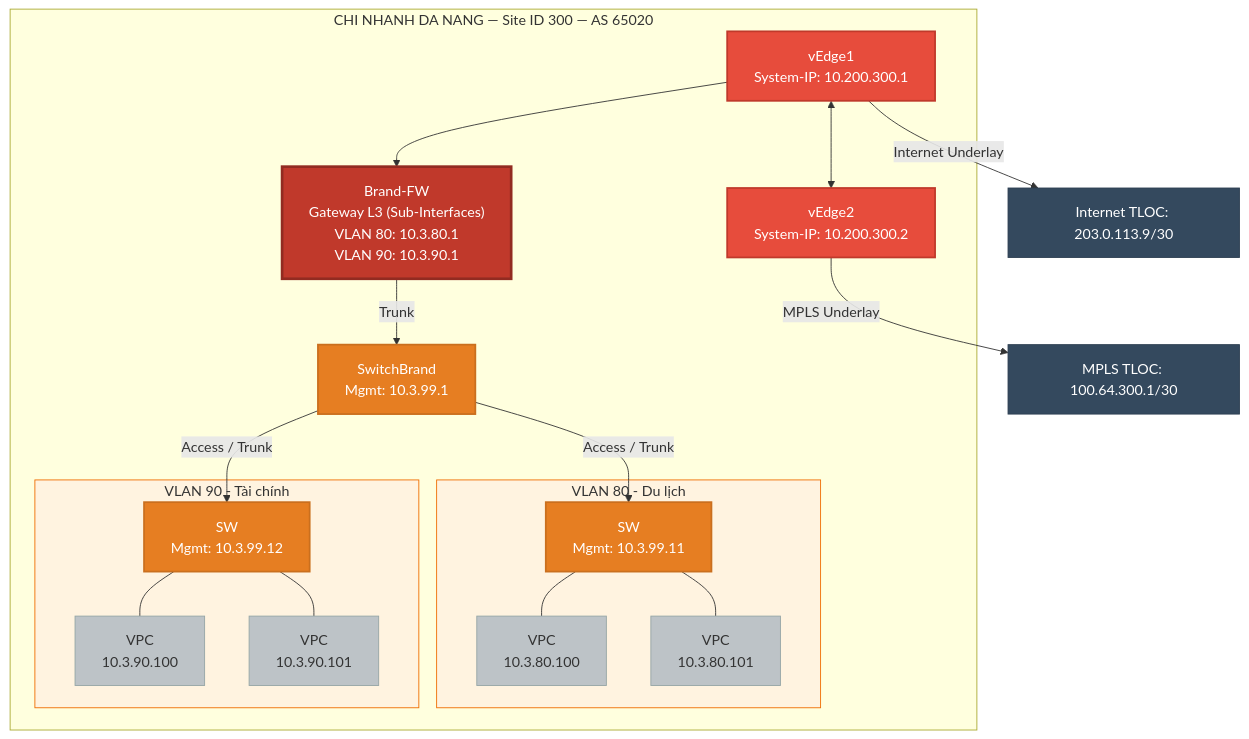
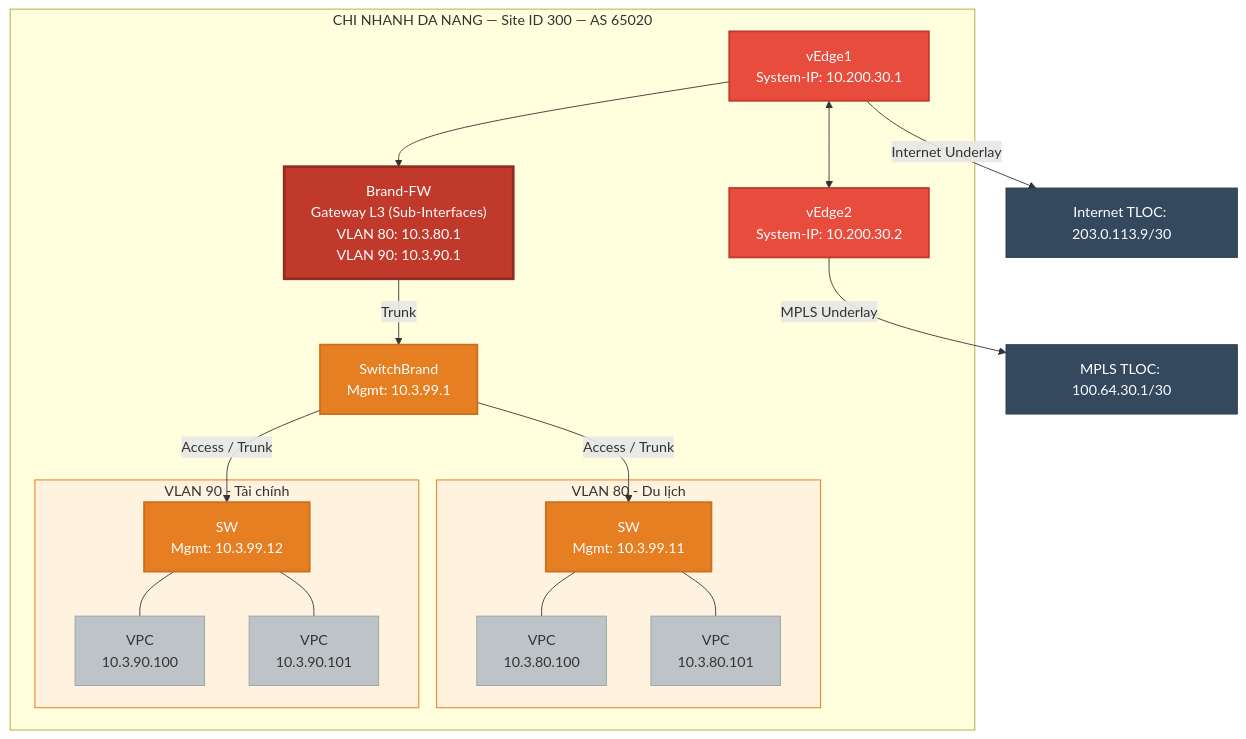
The fifth of 6 diagrams in campus_network_sdn_sdwan.md (nhanhuutran007/Campus_Network_SDN_SD-WAN), drawn with Mermaid before and after one commit. The commit also changed other lines of this file and 17 other files, not shown here.

````diff
--- a/campus_network_sdn_sdwan.md
+++ b/campus_network_sdn_sdwan.md
@@ -486,50 +486,50 @@
 ```mermaid
 graph TB
     subgraph DN_SITE["CHI NHANH DA NANG — Site ID 300 — AS 65020"]
-        CEDGE300_1["vEdge1<br/>System-IP: 10.200.300.1"]
-        CEDGE300_2["vEdge2<br/>System-IP: 10.200.300.2"]
+        CEDGE300_1["vEdge1<br/>System-IP: 10.200.30.1"]
+        CEDGE300_2["vEdge2<br/>System-IP: 10.200.30.2"]
 
         FW_DN["Brand-FW<br/>Gateway L3 (Sub-Interfaces)<br/>VLAN 80: 10.3.80.1<br/>VLAN 90: 10.3.90.1"]
 
         SW_B_DN["SwitchBrand<br/>Mgmt: 10.3.99.1"]
         
         subgraph DN_VLAN80["VLAN 80 - Du lịch"]
             SW_A_DN["SW<br/>Mgmt: 10.3.99.11"]
             VPC1["VPC<br/>10.3.80.100"]
             VPC2["VPC<br/>10.3.80.101"]
         end
 
         subgraph DN_VLAN90["VLAN 90 - Tài chính"]
             SW_B2_DN["SW<br/>Mgmt: 10.3.99.12"]
             VPC3["VPC<br/>10.3.90.100"]
             VPC4["VPC<br/>10.3.90.101"]
         end
 
         CEDGE300_1 <--> CEDGE300_2
         CEDGE300_1 --> FW_DN
         FW_DN -->|"Trunk"| SW_B_DN
         SW_B_DN -->|"Access / Trunk"| SW_A_DN
         SW_B_DN -->|"Access / Trunk"| SW_B2_DN
         SW_A_DN --- VPC1
         SW_A_DN --- VPC2
         SW_B2_DN --- VPC3
         SW_B2_DN --- VPC4
     end
 
     CEDGE300_1 -->|"Internet Underlay"| WAN_DN["Internet TLOC: 203.0.113.9/30"]
-    CEDGE300_2 -->|"MPLS Underlay"| MPLS_DN["MPLS TLOC: 100.64.300.1/30"]
+    CEDGE300_2 -->|"MPLS Underlay"| MPLS_DN["MPLS TLOC: 100.64.30.1/30"]
 
     classDef edge fill:#E74C3C,stroke:#C0392B,color:#fff,stroke-width:2px
     classDef fw fill:#C0392B,stroke:#922B21,color:#fff,stroke-width:3px
     classDef acc fill:#E67E22,stroke:#CA6F1E,color:#fff,stroke-width:2px
     classDef pc fill:#BDC3C7,stroke:#95A5A6,color:#333
     classDef wan fill:#34495E,stroke:#2C3E50,color:#fff
     classDef vlangroup fill:#fff3e0,stroke:#ef6c00,color:#333
 
     class CEDGE300_1,CEDGE300_2 edge
     class FW_DN fw
     class SW_B_DN,SW_A_DN,SW_B2_DN acc
     class VPC1,VPC2,VPC3,VPC4 pc
     class WAN_DN,MPLS_DN wan
     class DN_VLAN80,DN_VLAN90 vlangroup
 ```
````
